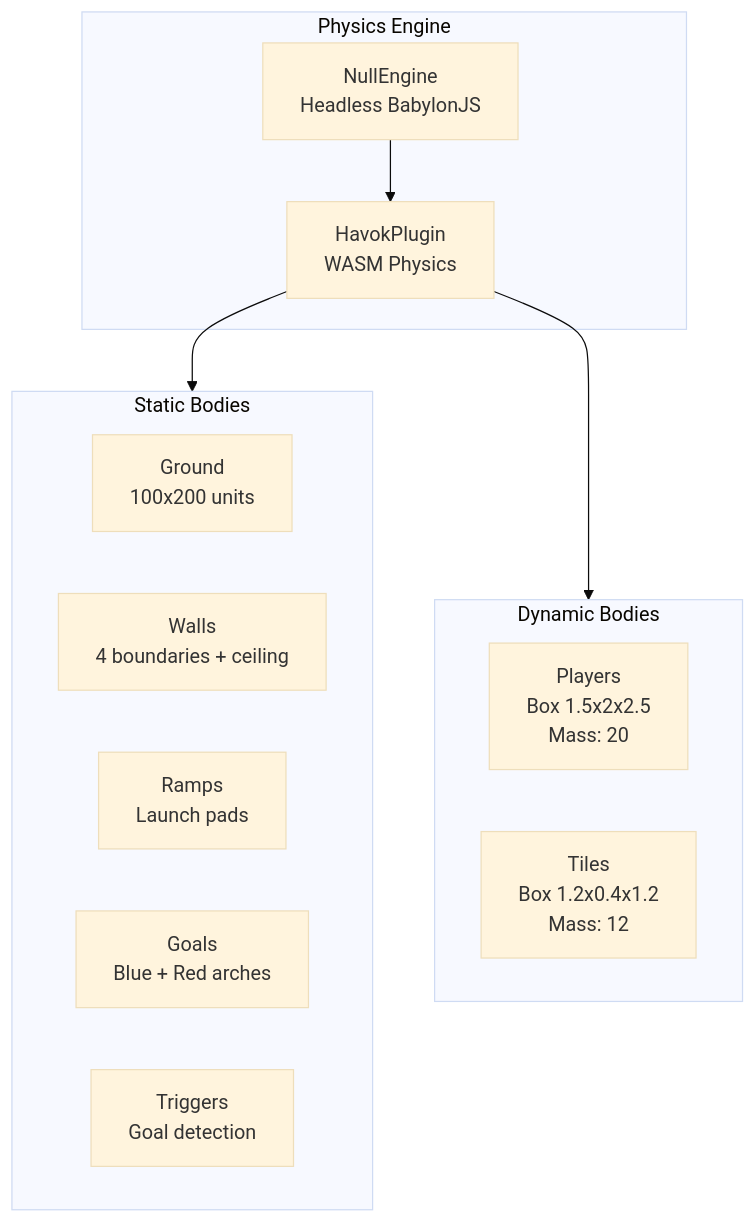
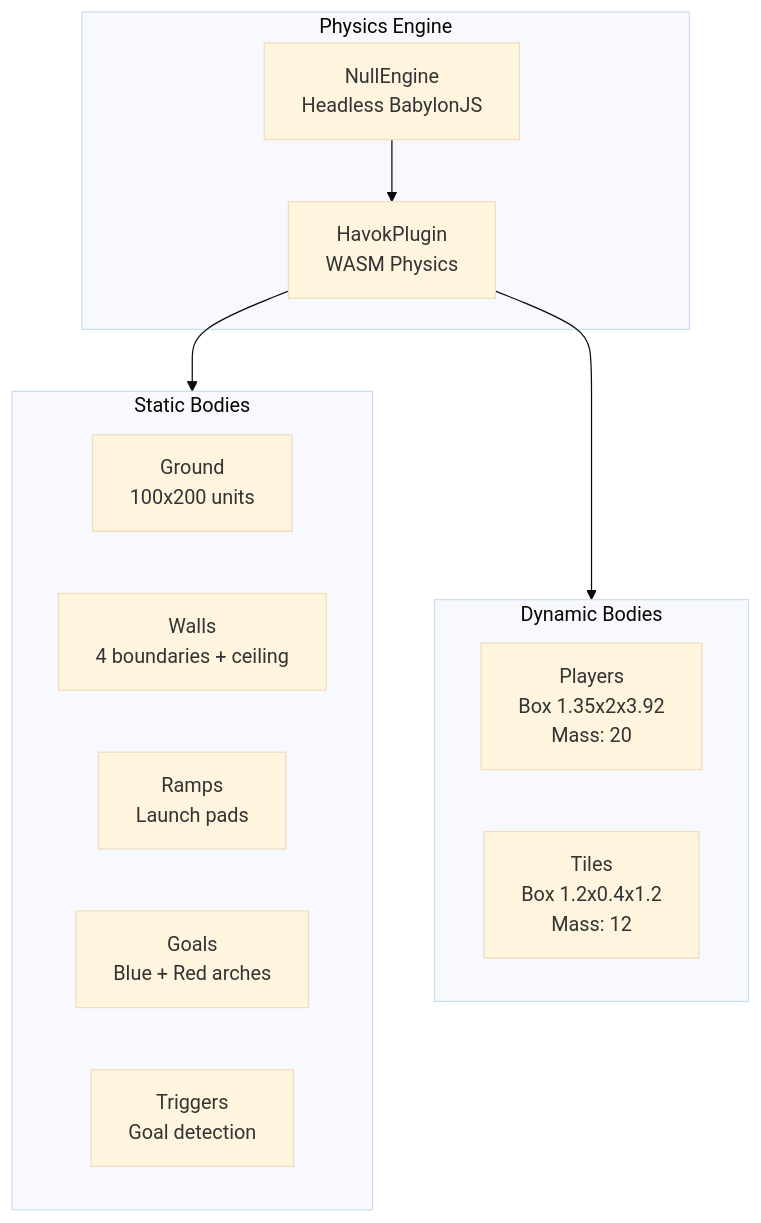
One commit to nguyenvanduocit/the-car-game changed the fifth of 16 diagrams in docs/GAME_LOGIC.md. Above: the diagram before and after it, drawn with Mermaid (base theme). The commit also changed other lines of this file and 18 other files, not shown here.

````diff
--- a/docs/GAME_LOGIC.md
+++ b/docs/GAME_LOGIC.md
@@ -147,24 +154,24 @@
 ```mermaid
 graph TB
     subgraph Engine["Physics Engine"]
         NE[NullEngine<br/>Headless BabylonJS]
         HP[HavokPlugin<br/>WASM Physics]
     end
 
     subgraph Static["Static Bodies"]
         ground[Ground<br/>100x200 units]
         walls[Walls<br/>4 boundaries + ceiling]
         ramps[Ramps<br/>Launch pads]
         goals[Goals<br/>Blue + Red arches]
         triggers[Triggers<br/>Goal detection]
     end
 
     subgraph Dynamic["Dynamic Bodies"]
-        players[Players<br/>Box 1.5x2x2.5<br/>Mass: 20]
+        players[Players<br/>Box 1.35x2x3.92<br/>Mass: 20]
         tiles[Tiles<br/>Box 1.2x0.4x1.2<br/>Mass: 12]
     end
 
     NE --> HP
     HP --> Static
     HP --> Dynamic
 ```
````
